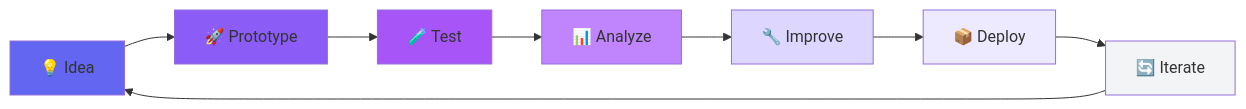
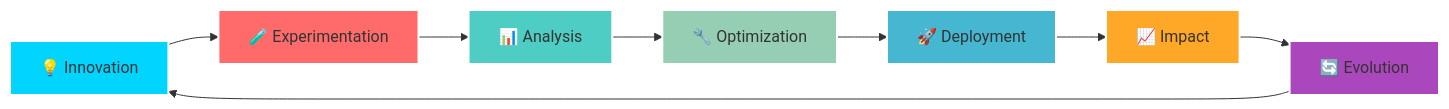
The sixth of 7 diagrams in README.md (AnvinX1/AnvinX1), drawn with Mermaid before and after one commit. The commit also changed other lines of this file, not shown here.

````diff
--- a/README.md
+++ b/README.md
@@ -330,18 +377,18 @@
 ```mermaid
 flowchart LR
-    A[💡 Idea] --> B[🚀 Prototype]
-    B --> C[🧪 Test]
-    C --> D[📊 Analyze]
-    D --> E[🔧 Improve]
-    E --> F[📦 Deploy]
-    F --> G[🔄 Iterate]
+    A[💡 Innovation] --> B[🧪 Experimentation]
+    B --> C[📊 Analysis]
+    C --> D[🔧 Optimization]
+    D --> E[🚀 Deployment]
+    E --> F[📈 Impact]
+    F --> G[🔄 Evolution]
     G --> A
     
-    style A fill:#6366F1
-    style B fill:#8B5CF6
-    style C fill:#A855F7
-    style D fill:#C084FC
-    style E fill:#DDD6FE
-    style F fill:#EDE9FE
-    style G fill:#F3F4F6
+    style A fill:#00D4FF,stroke:#fff,stroke-width:2px
+    style B fill:#FF6B6B,stroke:#fff,stroke-width:2px
+    style C fill:#4ECDC4,stroke:#fff,stroke-width:2px
+    style D fill:#96CEB4,stroke:#fff,stroke-width:2px
+    style E fill:#45B7D1,stroke:#fff,stroke-width:2px
+    style F fill:#FFA726,stroke:#fff,stroke-width:2px
+    style G fill:#AB47BC,stroke:#fff,stroke-width:2px
 ```
````
